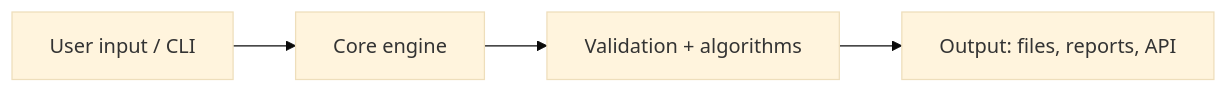
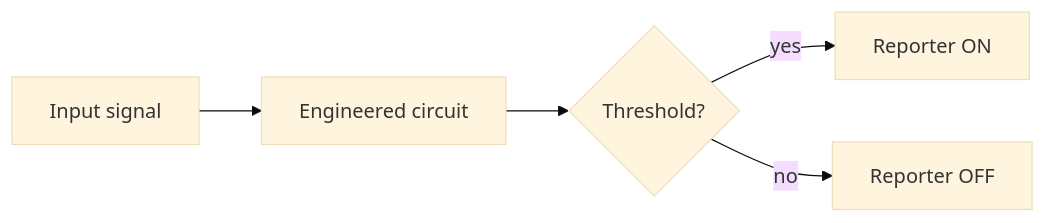
One commit to fzlzjerry/2026-basischina changed the first of 2 diagrams in src/content/articles/dry-lab/software.md. Above: the diagram before and after it, drawn with Mermaid (base theme). The commit also changed other lines of this file and 19 other files, not shown here.

````diff
--- a/src/content/articles/dry-lab/software.md
+++ b/src/content/articles/dry-lab/software.md
@@ -46,6 +147,7 @@
 ```mermaid
 flowchart LR
-  A[User input / CLI] --> B[Core engine]
-  B --> C[Validation + algorithms]
-  C --> D[Output: files, reports, API]
+  A[Input signal] --> B[Engineered circuit]
+  B --> C{Threshold?}
+  C -- yes --> D[Reporter ON]
+  C -- no --> E[Reporter OFF]
 ```
````
